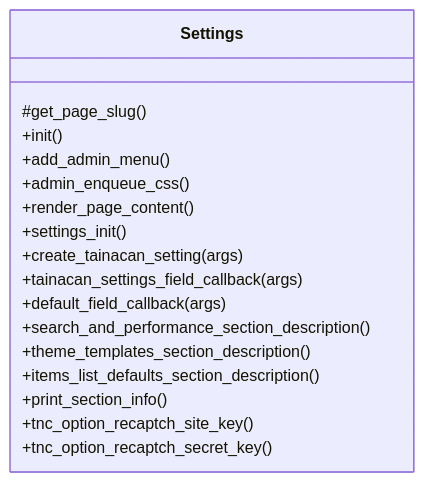
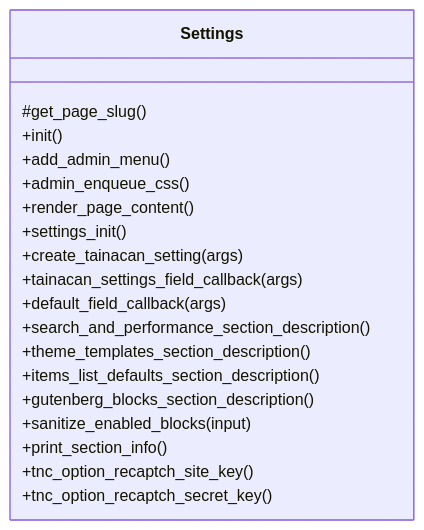
The diagram in docs/phpdoc/classes/Tainacan/Settings.mmd (tainacan/tainacan), drawn with Mermaid before and after one commit. The commit also changed 193 other files, not shown here.

```diff
--- a/docs/phpdoc/classes/Tainacan/Settings.mmd
+++ b/docs/phpdoc/classes/Tainacan/Settings.mmd
@@ -1,19 +1,21 @@
 classDiagram
     direction TB
     class Settings {
         #get_page_slug()
         +init()
         +add_admin_menu()
         +admin_enqueue_css()
         +render_page_content()
         +settings_init()
         +create_tainacan_setting(args)
         +tainacan_settings_field_callback(args)
         +default_field_callback(args)
         +search_and_performance_section_description()
         +theme_templates_section_description()
         +items_list_defaults_section_description()
+        +gutenberg_blocks_section_description()
+        +sanitize_enabled_blocks(input)
         +print_section_info()
         +tnc_option_recaptch_site_key()
         +tnc_option_recaptch_secret_key()
     }
```
